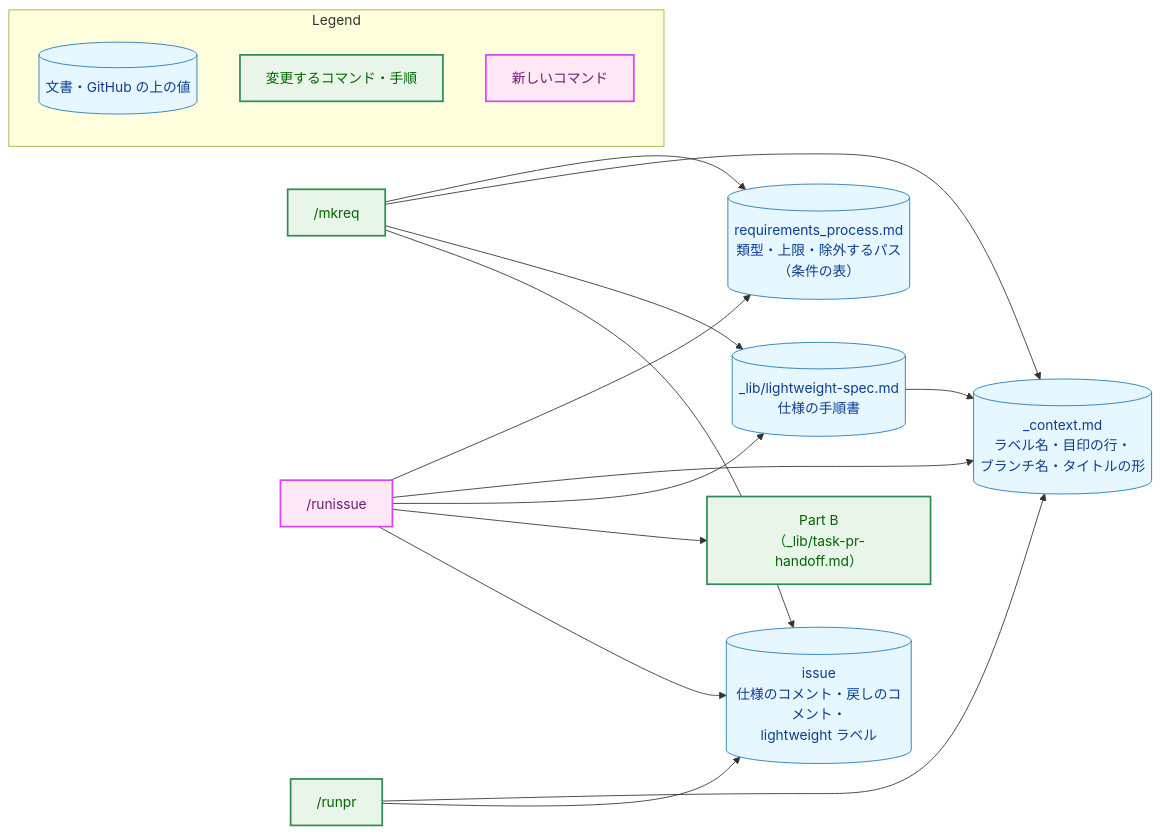
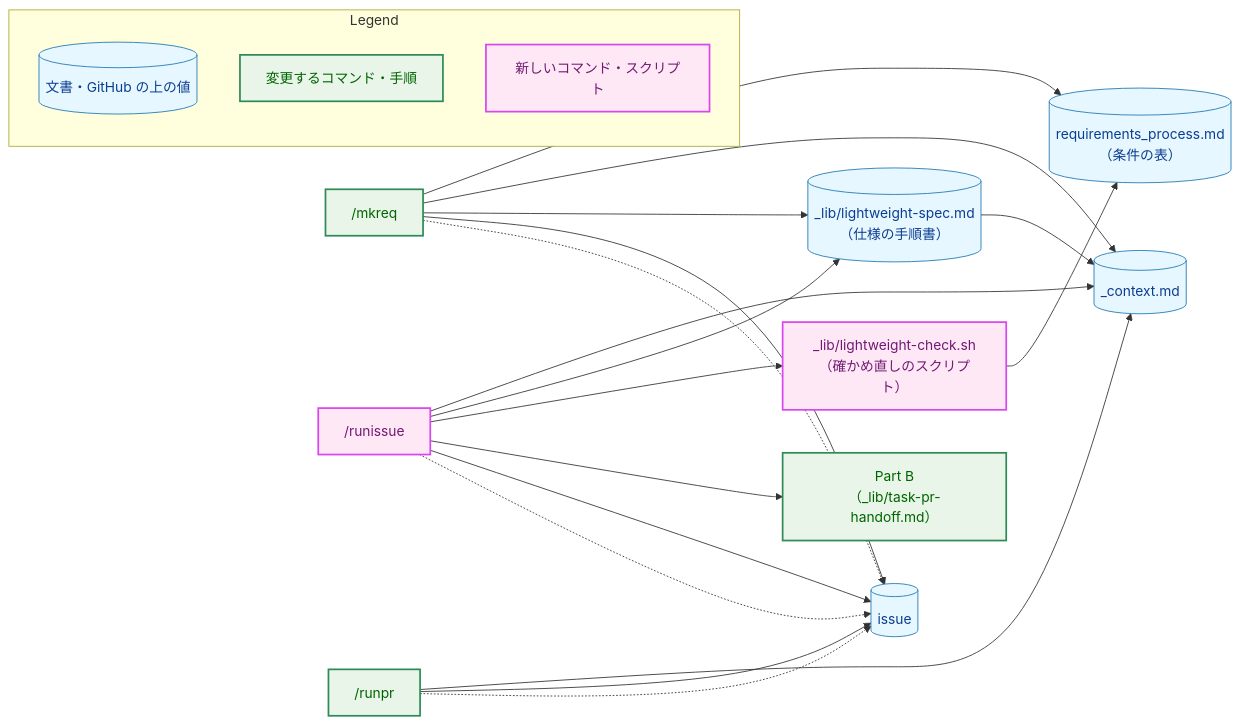
One commit to isseis/yt2column changed the first of 8 diagrams in docs/tasks/0061_lightweight_process/02_architecture.md. Above: the diagram before and after it, drawn with Mermaid. The commit also changed other lines of this file, not shown here.

First line of the commit message:
docs(0061): address design review findings for the lightweight process

````diff
--- a/docs/tasks/0061_lightweight_process/02_architecture.md
+++ b/docs/tasks/0061_lightweight_process/02_architecture.md
@@ -85,43 +110,46 @@
 ```mermaid
 flowchart LR
     classDef data fill:#e6f7ff,stroke:#1f77b4,stroke-width:1px,color:#0b3d91;
-    classDef process fill:#fff1e6,stroke:#ff7f0e,stroke-width:1px,color:#8a3e00;
     classDef enhanced fill:#e8f5e8,stroke:#2e8b57,stroke-width:2px,color:#006400;
     classDef newpkg fill:#ffe8f5,stroke:#d946ef,stroke-width:2px,color:#701a75;
 
-    RP[("requirements_process.md<br>類型・上限・除外するパス<br>（条件の表）")]
-    CTX[("_context.md<br>ラベル名・目印の行・<br>ブランチ名・タイトルの形")]
-    SPECLIB[("_lib/lightweight-spec.md<br>仕様の手順書")]
+    RP[("requirements_process.md<br>（条件の表）")]
+    CTX[("_context.md")]
+    SPECLIB[("_lib/lightweight-spec.md<br>（仕様の手順書）")]
+    CHECK["_lib/lightweight-check.sh<br>（確かめ直しのスクリプト）"]
     MKREQ["/mkreq"]
     RUNISSUE["/runissue"]
     PARTB["Part B<br>（_lib/task-pr-handoff.md）"]
     RUNPR["/runpr"]
-    ISSUE[("issue<br>仕様のコメント・戻しのコメント・<br>lightweight ラベル")]
+    ISSUE[("issue")]
 
     MKREQ --> RP
     MKREQ --> CTX
     MKREQ --> SPECLIB
-    RUNISSUE --> RP
     RUNISSUE --> CTX
     RUNISSUE --> SPECLIB
+    RUNISSUE --> CHECK
     RUNISSUE --> PARTB
+    CHECK --> RP
     RUNPR --> CTX
     SPECLIB --> CTX
     MKREQ --> ISSUE
     RUNISSUE --> ISSUE
     RUNPR --> ISSUE
+    MKREQ -.-> ISSUE
+    RUNISSUE -.-> ISSUE
+    RUNPR -.-> ISSUE
 
-    class RP,CTX,ISSUE data
-    class SPECLIB data
+    class RP,CTX,SPECLIB,ISSUE data
     class MKREQ,RUNPR,PARTB enhanced
-    class RUNISSUE newpkg
+    class RUNISSUE,CHECK newpkg
 
     subgraph Legend["Legend"]
         L1[("文書・GitHub の上の値")]
         L2["変更するコマンド・手順"]
-        L3["新しいコマンド"]
+        L3["新しいコマンド・スクリプト"]
     end
     class L1 data
     class L2 enhanced
     class L3 newpkg
 ```
````
